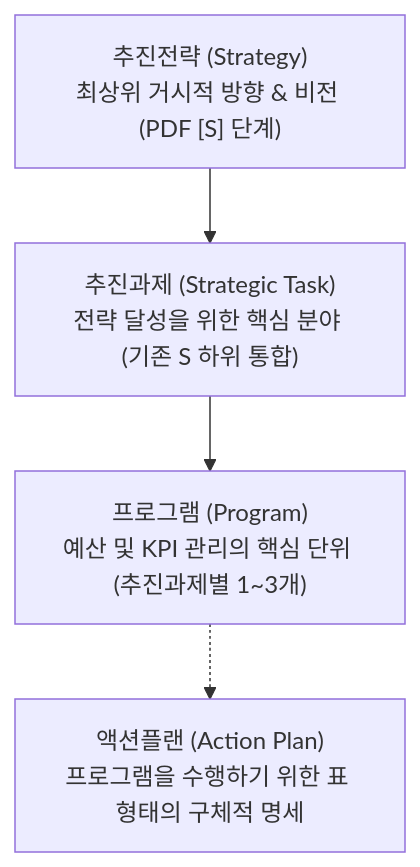
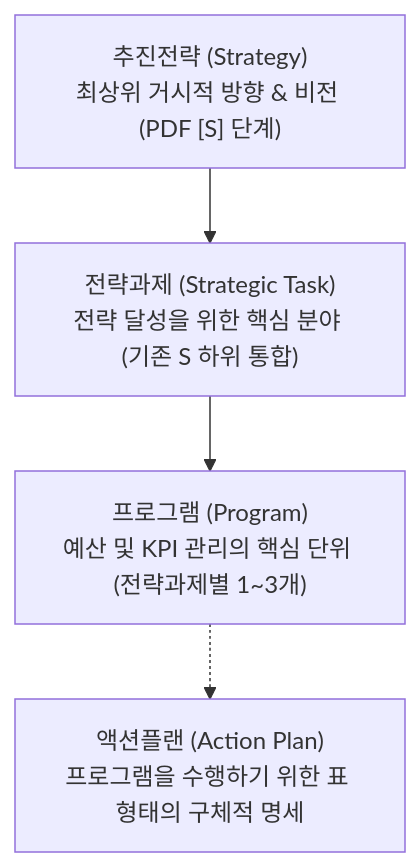
One commit to SKY6174/AnchorIR changed the diagram in .agents/skills/anchor-plan/SKILL.md. Above: the diagram before and after it, drawn with Mermaid. The commit also changed other lines of this file and 15 other files, not shown here.

Commit message:
style: 사업기획 위계체계 4단계 명칭 일괄 변경 (추진과제 ➔ 전략과제)

````diff
--- a/.agents/skills/anchor-plan/SKILL.md
+++ b/.agents/skills/anchor-plan/SKILL.md
@@ -95,11 +95,11 @@
 ```mermaid
 graph TD
     Strategy["추진전략 (Strategy)<br>최상위 거시적 방향 & 비전 (PDF [S] 단계)"]
-    Task["추진과제 (Strategic Task)<br>전략 달성을 위한 핵심 분야 (기존 S 하위 통합)"]
-    Program["프로그램 (Program)<br>예산 및 KPI 관리의 핵심 단위 (추진과제별 1~3개)"]
+    Task["전략과제 (Strategic Task)<br>전략 달성을 위한 핵심 분야 (기존 S 하위 통합)"]
+    Program["프로그램 (Program)<br>예산 및 KPI 관리의 핵심 단위 (전략과제별 1~3개)"]
     ActionPlan["액션플랜 (Action Plan)<br>프로그램을 수행하기 위한 표 형태의 구체적 명세"]
 
     Strategy --> Task
     Task --> Program
     Program -.-> ActionPlan
 ```
````
